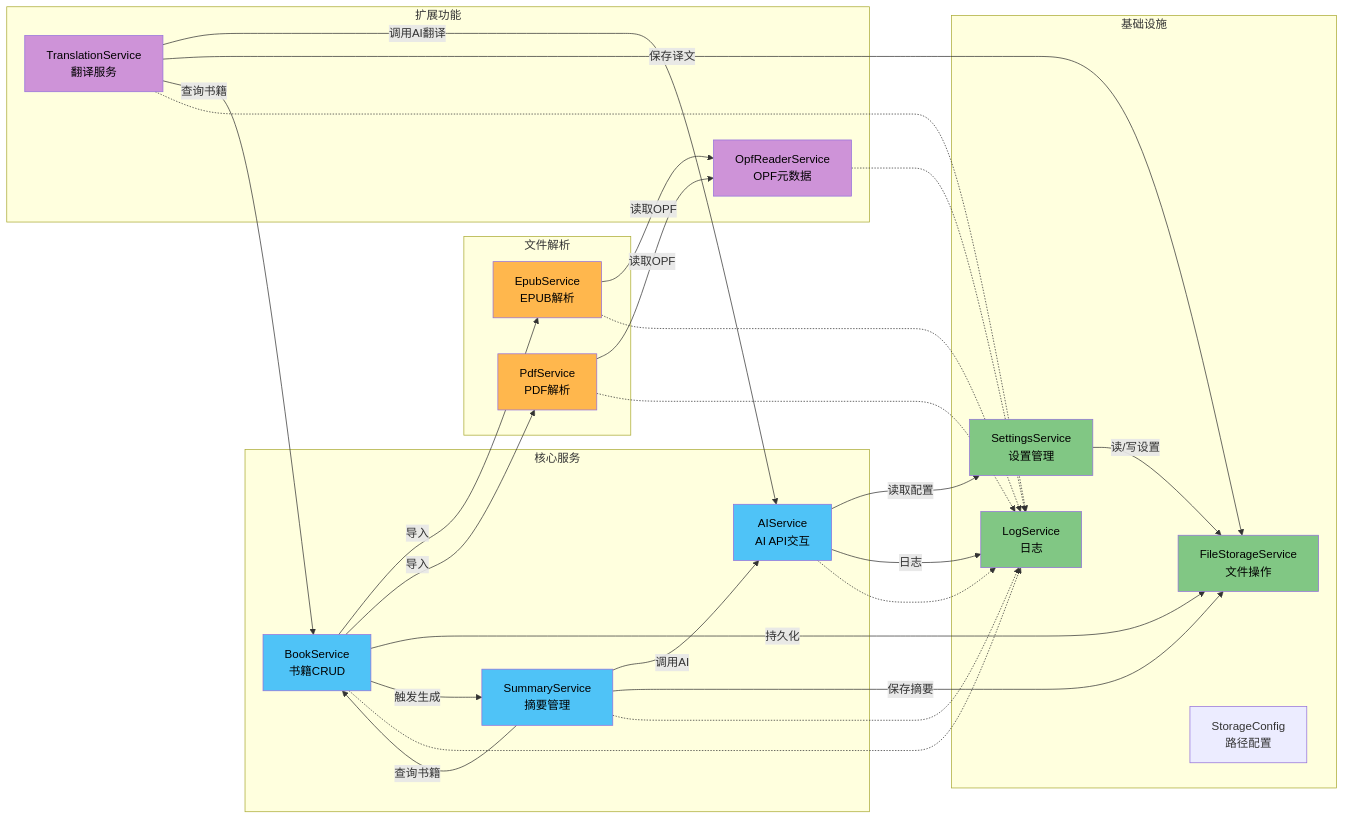
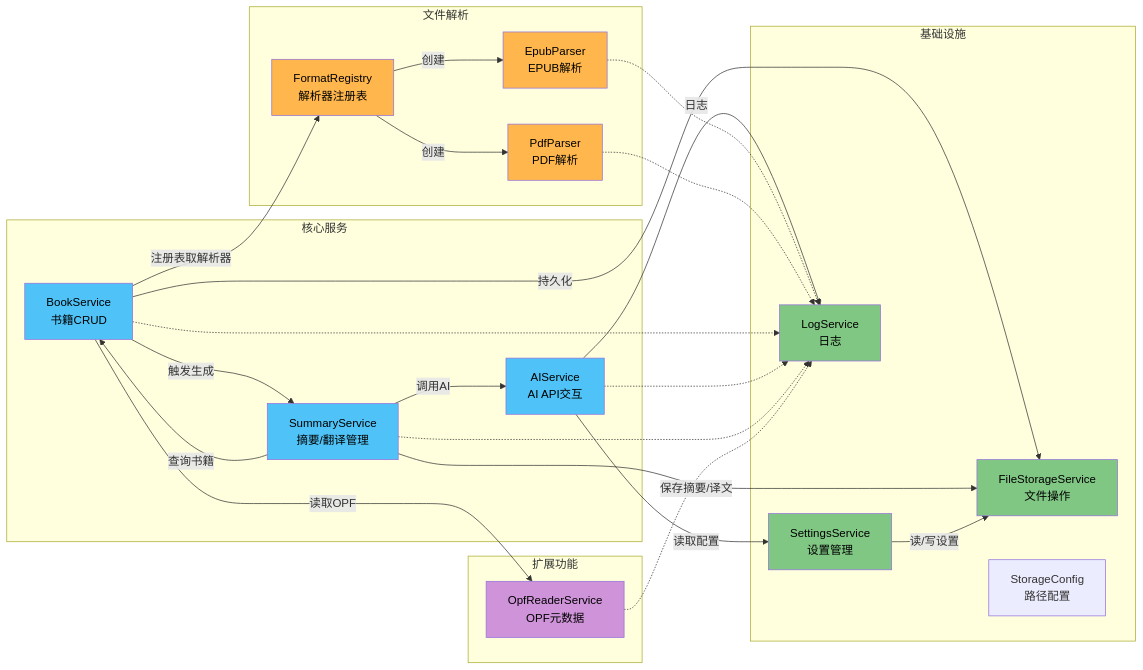
One commit to jjzhang2000/zhidu changed the fourth of 11 diagrams in docs/function_call_relationships_visual.md. Above: the diagram before and after it, drawn with Mermaid. The commit also changed other lines of this file and 43 other files, not shown here.

````diff
--- a/docs/function_call_relationships_visual.md
+++ b/docs/function_call_relationships_visual.md
@@ -225,65 +210,60 @@
 ```mermaid
 graph LR
     subgraph 核心服务
         BS["BookService<br/>书籍CRUD"]
         AS["AIService<br/>AI API交互"]
-        SuS["SummaryService<br/>摘要管理"]
+        SuS["SummaryService<br/>摘要/翻译管理"]
     end
 
     subgraph 文件解析
-        ES["EpubService<br/>EPUB解析"]
-        PS["PdfService<br/>PDF解析"]
+        FR["FormatRegistry<br/>解析器注册表"]
+        EP["EpubParser<br/>EPUB解析"]
+        PP["PdfParser<br/>PDF解析"]
     end
 
     subgraph 基础设施
         SS["SettingsService<br/>设置管理"]
         FS["FileStorageService<br/>文件操作"]
         LS["LogService<br/>日志"]
         SC["StorageConfig<br/>路径配置"]
     end
 
     subgraph 扩展功能
-        TS["TranslationService<br/>翻译服务"]
         ORS["OpfReaderService<br/>OPF元数据"]
     end
 
-    BS -->|"导入"| ES
-    BS -->|"导入"| PS
+    BS -->|"注册表取解析器"| FR
     BS -->|"持久化"| FS
+    BS -->|"读取OPF"| ORS
     BS -->|"触发生成"| SuS
 
-    ES -->|"读取OPF"| ORS
-    PS -->|"读取OPF"| ORS
+    FR -->|"创建"| EP
+    FR -->|"创建"| PP
 
     SuS -->|"调用AI"| AS
-    SuS -->|"保存摘要"| FS
+    SuS -->|"保存摘要/译文"| FS
     SuS -->|"查询书籍"| BS
 
     AS -->|"读取配置"| SS
     AS -->|"日志"| LS
 
-    TS -->|"调用AI翻译"| AS
-    TS -->|"保存译文"| FS
-    TS -->|"查询书籍"| BS
-
     SS -->|"读/写设置"| FS
 
-    ES -.-> LS
-    PS -.-> LS
+    EP -.-> LS
+    PP -.-> LS
     BS -.-> LS
     AS -.-> LS
     SuS -.-> LS
-    TS -.-> LS
     ORS -.-> LS
 
     style BS fill:#4fc3f7,color:#000
     style AS fill:#4fc3f7,color:#000
     style SuS fill:#4fc3f7,color:#000
     style LS fill:#81c784,color:#000
     style FS fill:#81c784,color:#000
     style SS fill:#81c784,color:#000
-    style ES fill:#ffb74d,color:#000
-    style PS fill:#ffb74d,color:#000
-    style TS fill:#ce93d8,color:#000
+    style FR fill:#ffb74d,color:#000
+    style EP fill:#ffb74d,color:#000
+    style PP fill:#ffb74d,color:#000
     style ORS fill:#ce93d8,color:#000
 ```
````
